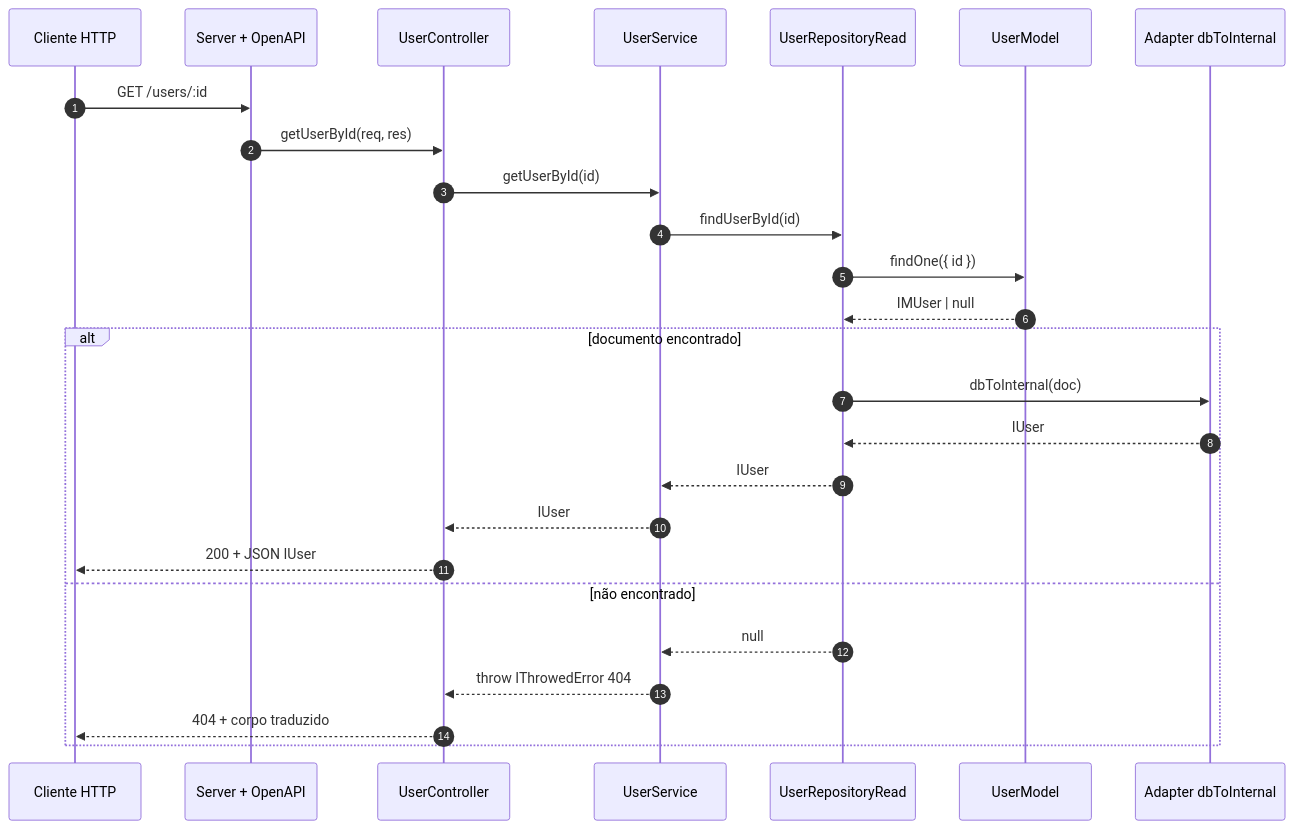
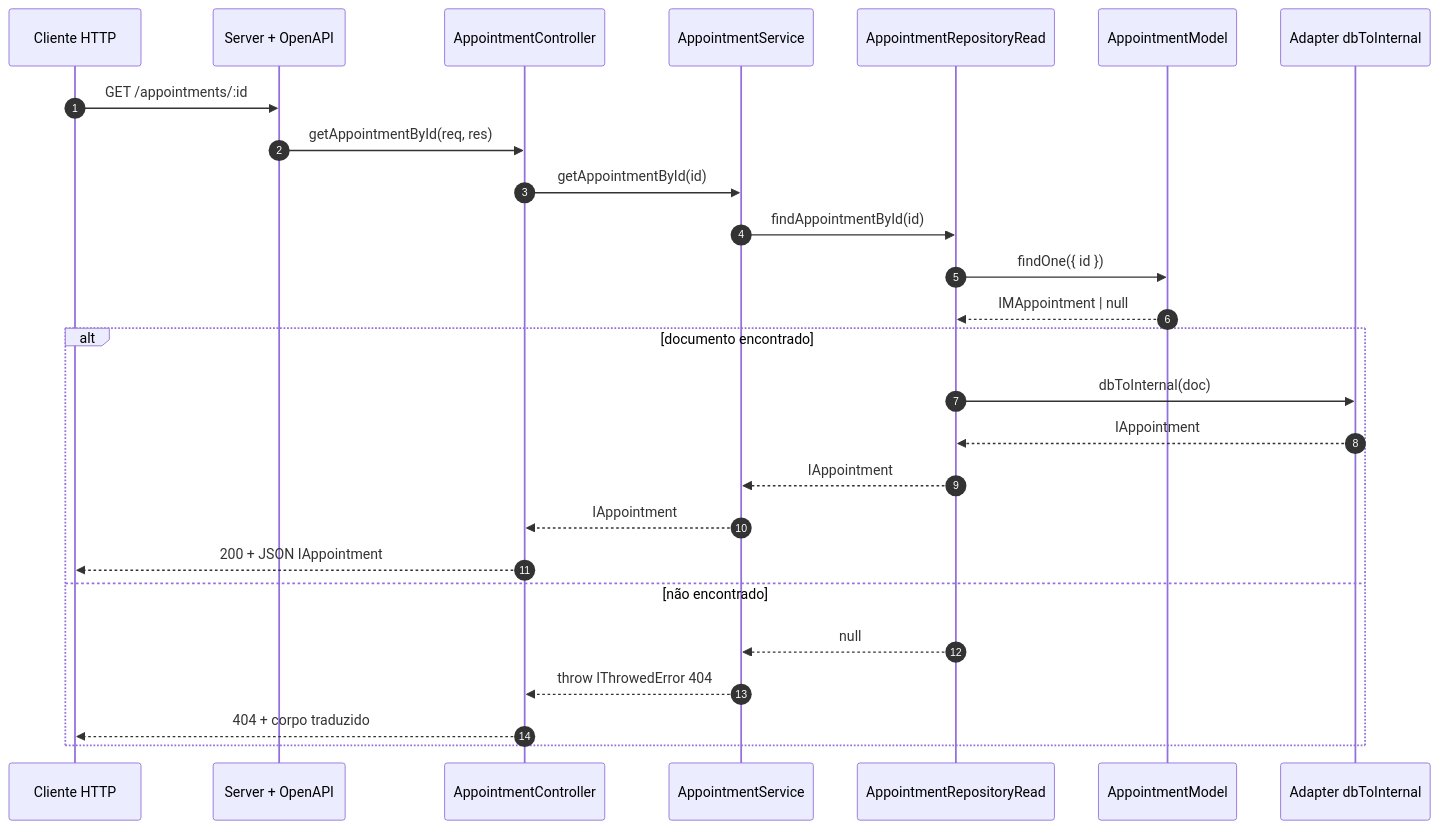
One commit to FilipePaixao/api-fin-control changed the fifth of 8 diagrams in docs/arquitetura-e-camadas.md. Above: the diagram before and after it, drawn with Mermaid. The commit also changed other lines of this file and 14 other files, not shown here.

Commit message:
feat: add new agents and rules for architectural review, development, testing, and verification in Node.js/TypeScript project

````diff
--- a/docs/arquitetura-e-camadas.md
+++ b/docs/arquitetura-e-camadas.md
@@ -133,29 +133,29 @@
 ```mermaid
 sequenceDiagram
   autonumber
   participant C as Cliente HTTP
   participant SV as Server + OpenAPI
-  participant CT as UserController
-  participant S as UserService
-  participant RR as UserRepositoryRead
-  participant M as UserModel
+  participant CT as AppointmentController
+  participant S as AppointmentService
+  participant RR as AppointmentRepositoryRead
+  participant M as AppointmentModel
   participant A as Adapter dbToInternal
 
-  C->>SV: GET /users/:id
-  SV->>CT: getUserById(req, res)
-  CT->>S: getUserById(id)
-  S->>RR: findUserById(id)
+  C->>SV: GET /appointments/:id
+  SV->>CT: getAppointmentById(req, res)
+  CT->>S: getAppointmentById(id)
+  S->>RR: findAppointmentById(id)
   RR->>M: findOne({ id })
-  M-->>RR: IMUser | null
+  M-->>RR: IMAppointment | null
   alt documento encontrado
     RR->>A: dbToInternal(doc)
-    A-->>RR: IUser
-    RR-->>S: IUser
-    S-->>CT: IUser
-    CT-->>C: 200 + JSON IUser
+    A-->>RR: IAppointment
+    RR-->>S: IAppointment
+    S-->>CT: IAppointment
+    CT-->>C: 200 + JSON IAppointment
   else não encontrado
     RR-->>S: null
     S-->>CT: throw IThrowedError 404
     CT-->>C: 404 + corpo traduzido
   end
 ```
````
